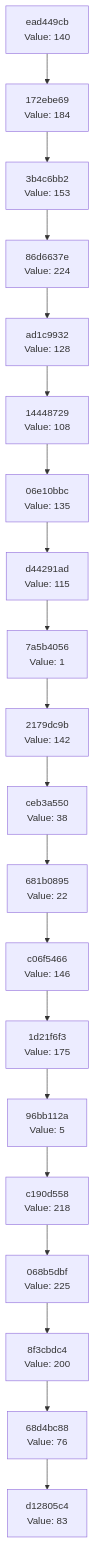
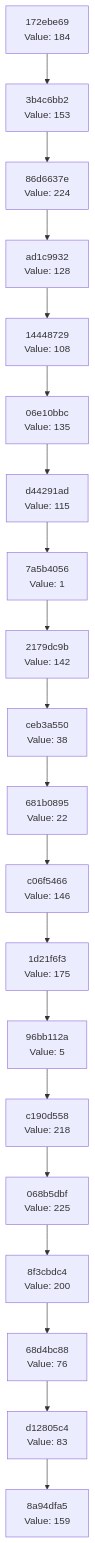
The diagram in docs/CHAIN_VISUALIZATION.md (Abhisheksinha1506/hash-chain-evolver), drawn with Mermaid before and after one commit. The commit also changed 2 other files, not shown here.

Commit message:
Evolution step: hash 0x9F → action executed

````diff
--- a/docs/CHAIN_VISUALIZATION.md
+++ b/docs/CHAIN_VISUALIZATION.md
@@ -3,42 +3,42 @@
 ```mermaid
 graph TD
-    C0["d12805c4<br/>Value: 83"]
-    C1["68d4bc88<br/>Value: 76"]
+    C0["8a94dfa5<br/>Value: 159"]
+    C1["d12805c4<br/>Value: 83"]
     C1 --> C0
-    C2["8f3cbdc4<br/>Value: 200"]
+    C2["68d4bc88<br/>Value: 76"]
     C2 --> C1
-    C3["068b5dbf<br/>Value: 225"]
+    C3["8f3cbdc4<br/>Value: 200"]
     C3 --> C2
-    C4["c190d558<br/>Value: 218"]
+    C4["068b5dbf<br/>Value: 225"]
     C4 --> C3
-    C5["96bb112a<br/>Value: 5"]
+    C5["c190d558<br/>Value: 218"]
     C5 --> C4
-    C6["1d21f6f3<br/>Value: 175"]
+    C6["96bb112a<br/>Value: 5"]
     C6 --> C5
-    C7["c06f5466<br/>Value: 146"]
+    C7["1d21f6f3<br/>Value: 175"]
     C7 --> C6
-    C8["681b0895<br/>Value: 22"]
+    C8["c06f5466<br/>Value: 146"]
     C8 --> C7
-    C9["ceb3a550<br/>Value: 38"]
+    C9["681b0895<br/>Value: 22"]
     C9 --> C8
-    C10["2179dc9b<br/>Value: 142"]
+    C10["ceb3a550<br/>Value: 38"]
     C10 --> C9
-    C11["7a5b4056<br/>Value: 1"]
+    C11["2179dc9b<br/>Value: 142"]
     C11 --> C10
-    C12["d44291ad<br/>Value: 115"]
+    C12["7a5b4056<br/>Value: 1"]
     C12 --> C11
-    C13["06e10bbc<br/>Value: 135"]
+    C13["d44291ad<br/>Value: 115"]
     C13 --> C12
-    C14["14448729<br/>Value: 108"]
+    C14["06e10bbc<br/>Value: 135"]
     C14 --> C13
-    C15["ad1c9932<br/>Value: 128"]
+    C15["14448729<br/>Value: 108"]
     C15 --> C14
-    C16["86d6637e<br/>Value: 224"]
+    C16["ad1c9932<br/>Value: 128"]
     C16 --> C15
-    C17["3b4c6bb2<br/>Value: 153"]
+    C17["86d6637e<br/>Value: 224"]
     C17 --> C16
-    C18["172ebe69<br/>Value: 184"]
+    C18["3b4c6bb2<br/>Value: 153"]
     C18 --> C17
-    C19["ead449cb<br/>Value: 140"]
+    C19["172ebe69<br/>Value: 184"]
     C19 --> C18
 ```
````
